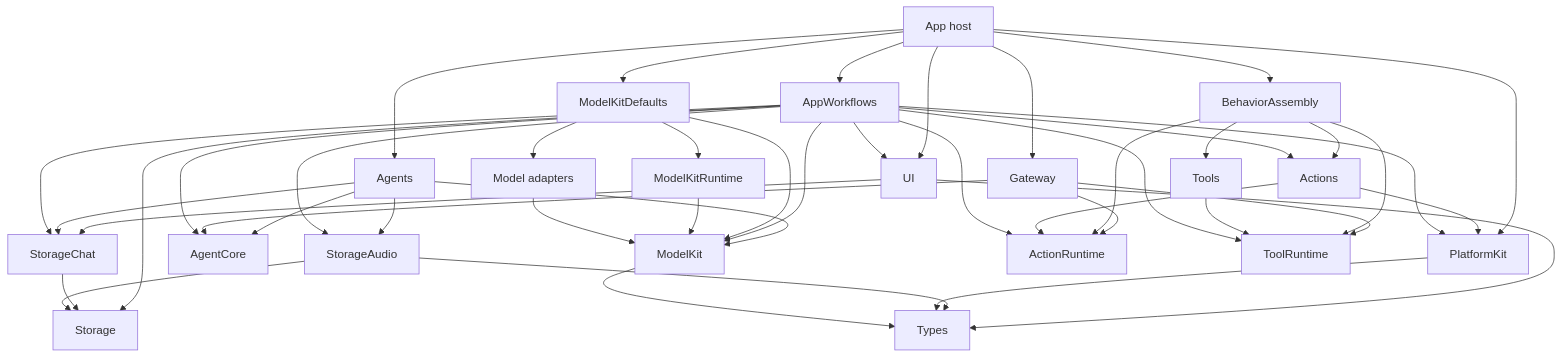
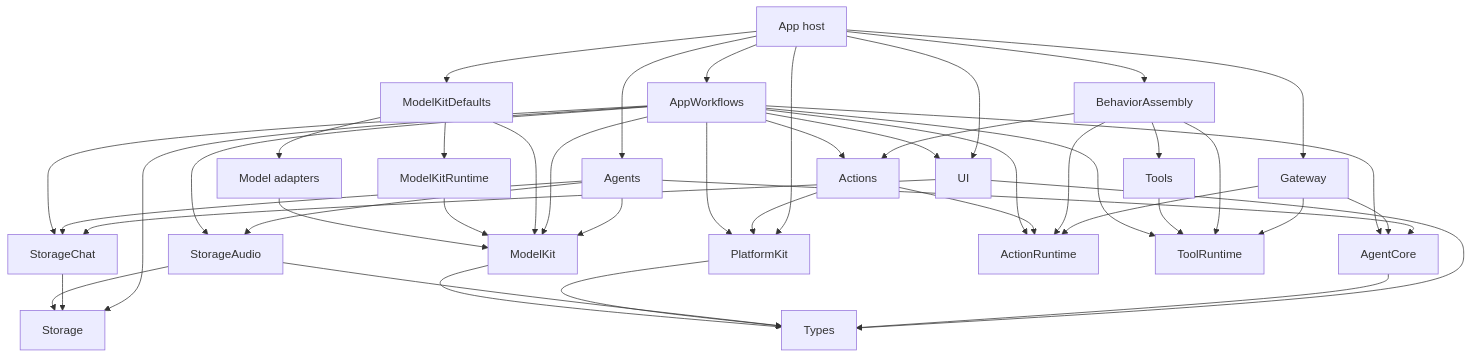
Before and after one commit to devilyouwei/MobileHarness: the third of 15 diagrams in MobileHarness/README.md, drawn with Mermaid. The commit also changed other lines of this file and 115 other files, not shown here.

Commit message:
Separate AgentCore framework contracts from business policy

````diff
--- a/MobileHarness/README.md
+++ b/MobileHarness/README.md
@@ -98,52 +98,53 @@
 ```mermaid
 flowchart TB
     App[App host] --> Agents
     App --> Gateway
     App --> Assembly[BehaviorAssembly]
     App --> Workflows[AppWorkflows]
     App --> Defaults[ModelKitDefaults]
     App --> UI
     App --> PlatformKit
 
     UI --> Types
     UI --> StorageChat
 
     Agents --> AgentCore
+    AgentCore --> Types
     Agents --> ModelKit
     Agents --> StorageChat
     Agents --> StorageAudio
 
     Gateway --> AgentCore
     Gateway --> ActionRuntime
     Gateway --> ToolRuntime
 
     Assembly --> Actions
     Assembly --> Tools
     Assembly --> ActionRuntime
     Assembly --> ToolRuntime
     Actions --> ActionRuntime
     Actions --> PlatformKit
     Tools --> ToolRuntime
 
     Workflows --> UI
     Workflows --> Storage
     Workflows --> StorageChat
     Workflows --> StorageAudio
     Workflows --> ModelKit
     Workflows --> PlatformKit
     Workflows --> Actions
     Workflows --> AgentCore
     Workflows --> ActionRuntime
     Workflows --> ToolRuntime
 
     StorageChat --> Storage
     StorageAudio --> Storage
     StorageAudio --> Types
     PlatformKit --> Types
     ModelKit --> Types
     Defaults --> ModelKit
     Defaults --> ModelKitRuntime
     Defaults --> Adapters[Model adapters]
     ModelKitRuntime --> ModelKit
     Adapters --> ModelKit
 ```
````
